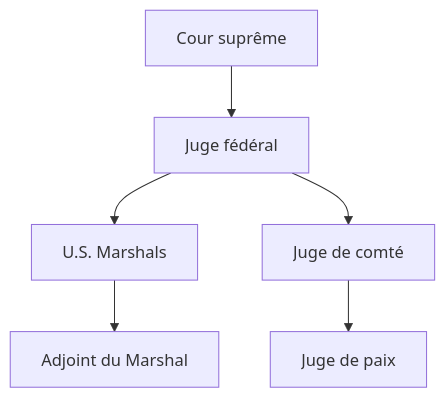
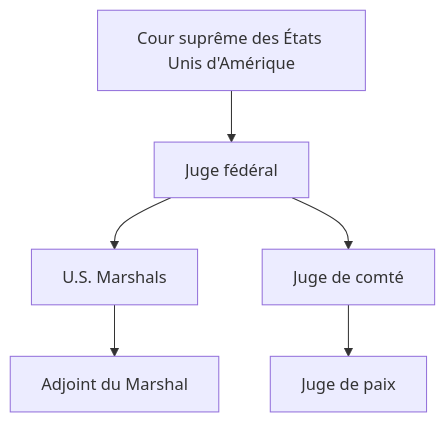
The second of 2 diagrams in organigramme-institutions.mdx (zougaserver/Laws), drawn with Mermaid before and after one commit. The commit also changed other lines of this file and 1 other file, not shown here.

````diff
--- a/organigramme-institutions.mdx
+++ b/organigramme-institutions.mdx
@@ -34,10 +32,10 @@
 ```mermaid
 flowchart TD
-    CS["Cour suprême"] --> JF["Juge fédéral"]
+    CS["Cour suprême des États Unis d'Amérique"] --> JF["Juge fédéral"]
 
     JF --> USM["U.S. Marshals"]
     JF --> JC["Juge de comté"]
 
     USM --> AM["Adjoint du Marshal"]
     JC --> JP["Juge de paix"]
 ```
````
